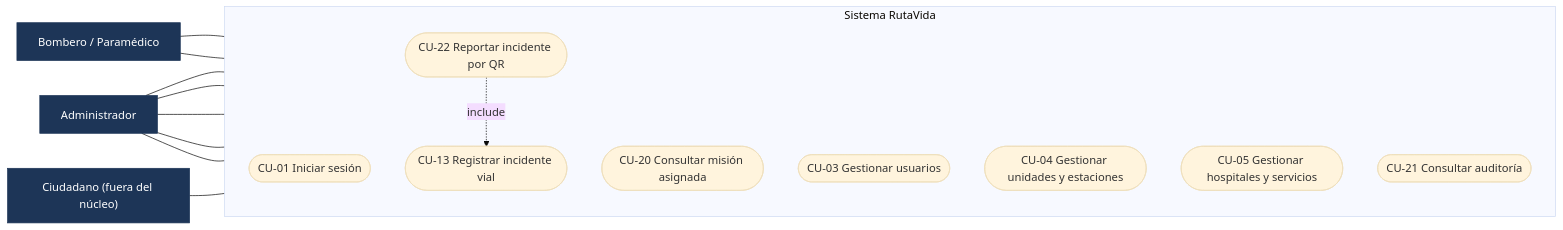
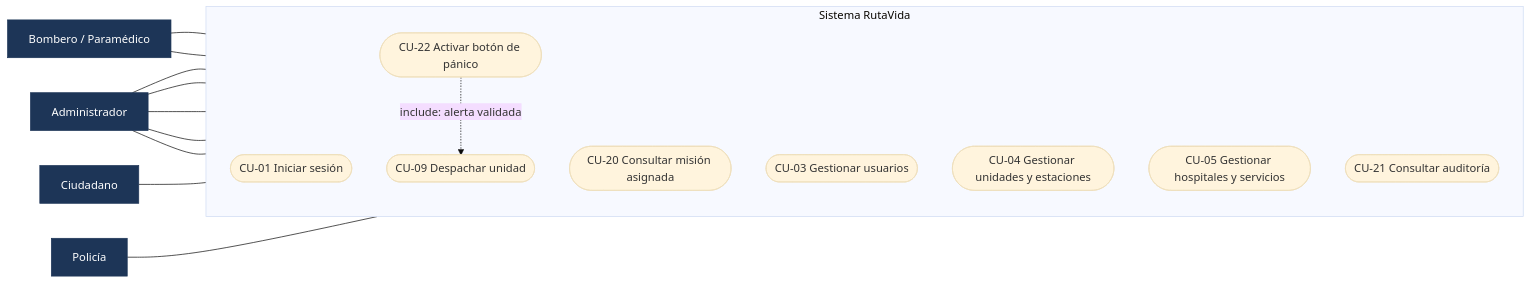
Before and after one commit to afzabaleta/RutaVida: the third of 4 diagrams in docs/analysis.md, drawn with Mermaid (base theme). The commit also changed other lines of this file and 6 other files, not shown here.

````diff
--- a/docs/analysis.md
+++ b/docs/analysis.md
@@ -83,22 +84,24 @@
 ```mermaid
 flowchart LR
     BP["Bombero / Paramédico"]:::actor
     AD["Administrador"]:::actor
-    CI["Ciudadano (fuera del núcleo)"]:::actor
+    CI["Ciudadano"]:::actor
+    PO["Policía"]:::actor
     subgraph RV["Sistema RutaVida"]
         direction TB
         CU01([CU-01 Iniciar sesión])
         CU20([CU-20 Consultar misión asignada])
         CU03([CU-03 Gestionar usuarios])
         CU04([CU-04 Gestionar unidades y estaciones])
         CU05([CU-05 Gestionar hospitales y servicios])
         CU21([CU-21 Consultar auditoría])
-        CU22([CU-22 Reportar incidente por QR])
-        CU13([CU-13 Registrar incidente vial])
+        CU22([CU-22 Activar botón de pánico])
+        CU09([CU-09 Despachar unidad])
     end
     BP --- CU01 & CU20
     AD --- CU01 & CU03 & CU04 & CU05 & CU21
     CI --- CU22
-    CU22 -. include .-> CU13
+    PO --- CU22
+    CU22 -. include: alerta validada .-> CU09
     classDef actor fill:#1d3557,color:#ffffff,stroke:#1d3557
 ```
````
